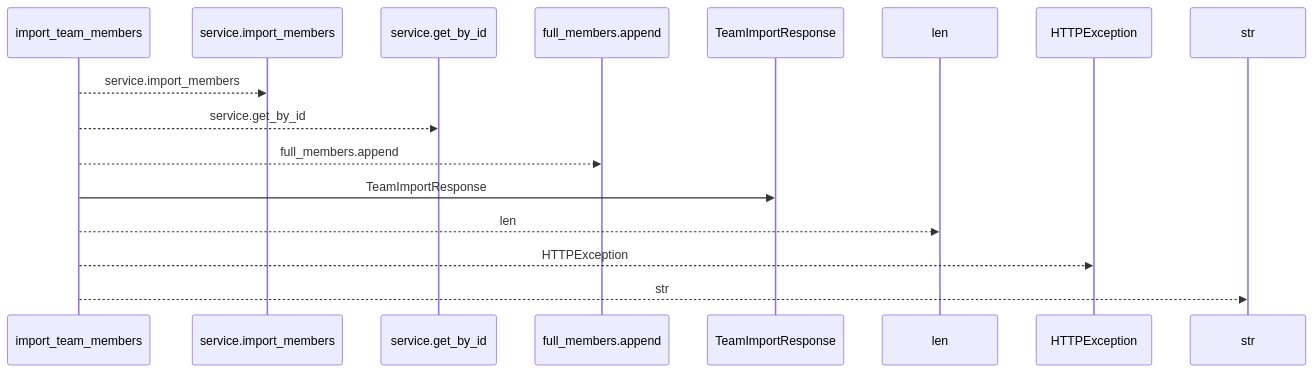
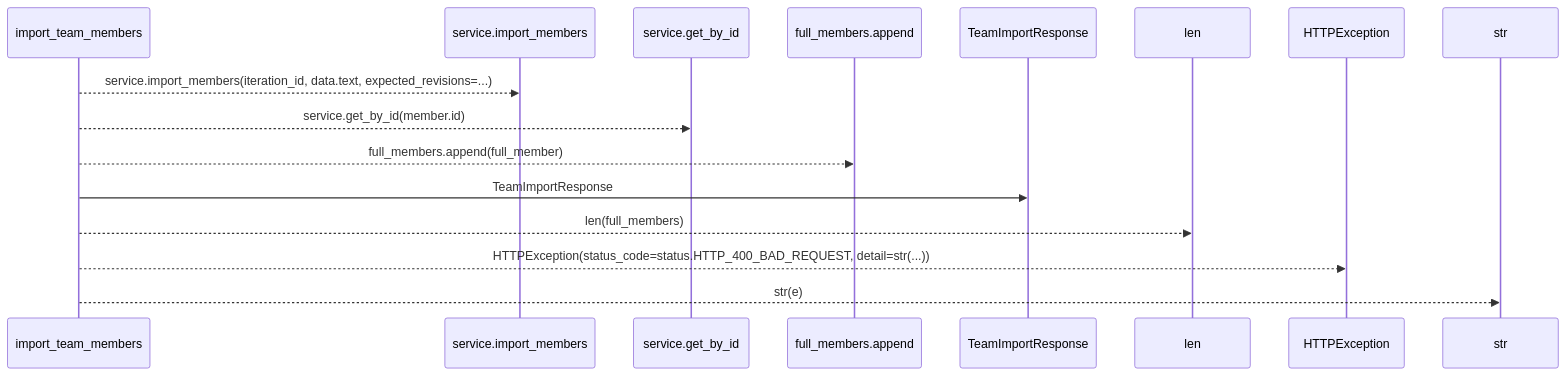
One commit to Denissvgn/WorkChord changed the first of 2 diagrams in docs/llm_wiki/flows/http-import_team_members.md. Above: the diagram before and after it, drawn with Mermaid. The commit also changed other lines of this file and 25171 other files, not shown here.

````diff
--- a/docs/llm_wiki/flows/http-import_team_members.md
+++ b/docs/llm_wiki/flows/http-import_team_members.md
@@ -10,18 +12,18 @@
 ```mermaid
 sequenceDiagram
     participant p0 as import_team_members
     participant p1 as service.import_members
     participant p2 as service.get_by_id
     participant p3 as full_members.append
     participant p4 as TeamImportResponse
     participant p5 as len
     participant p6 as HTTPException
     participant p7 as str
-    p0-->>p1: service.import_members
-    p0-->>p2: service.get_by_id
-    p0-->>p3: full_members.append
+    p0-->>p1: service.import_members(iteration_id, data.text, expected_revisions=...)
+    p0-->>p2: service.get_by_id(member.id)
+    p0-->>p3: full_members.append(full_member)
     p0->>p4: TeamImportResponse
-    p0-->>p5: len
-    p0-->>p6: HTTPException
-    p0-->>p7: str
+    p0-->>p5: len(full_members)
+    p0-->>p6: HTTPException(status_code=status.HTTP_400_BAD_REQUEST, detail=str(...))
+    p0-->>p7: str(e)
 ```
````
